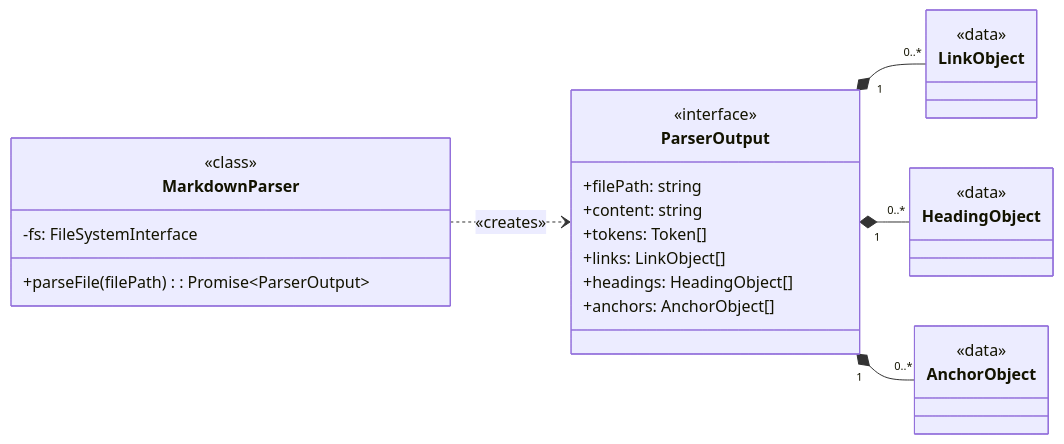
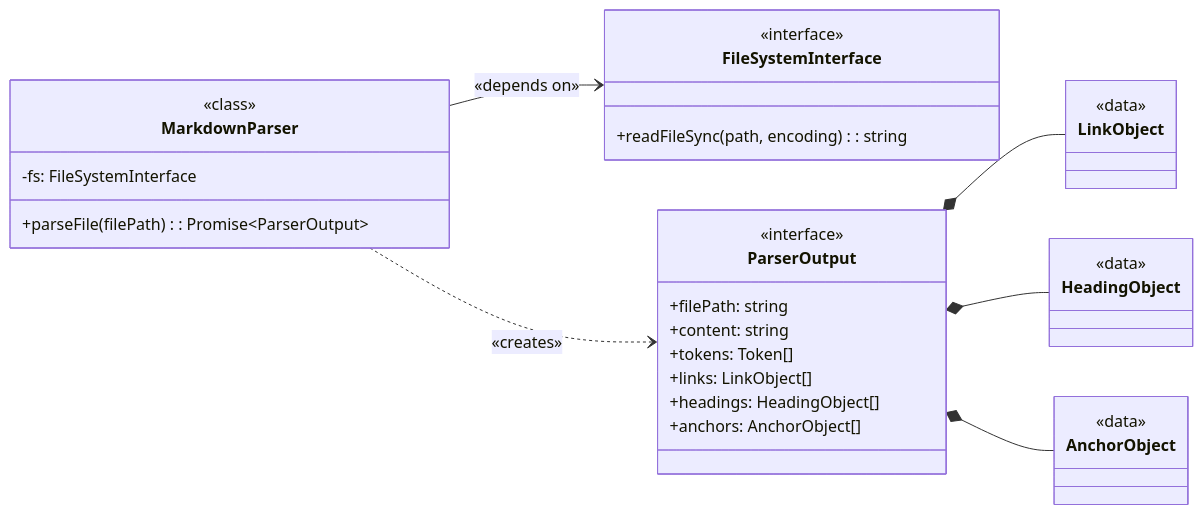
One commit to WesleyMFrederick/cc-workflows changed the first of 2 diagrams in tools/citation-manager/design-docs/component-guides/Markdown Parser Implementation Guide.md. Above: the diagram before and after it, drawn with Mermaid. The commit also changed other lines of this file and 9 other files, not shown here.

````diff
--- a/tools/citation-manager/design-docs/component-guides/Markdown Parser Implementation Guide.md
+++ b/tools/citation-manager/design-docs/component-guides/Markdown Parser Implementation Guide.md
@@ -38,37 +41,43 @@
 ```mermaid
 classDiagram
     direction LR
+
+    class FileSystemInterface {
+      <<interface>>
+        +readFileSync(path, encoding): string
+    }
 
     class ParserOutput {
       <<interface>>
         +filePath: string
         +content: string
         +tokens: Token[]
         +links: LinkObject[]
         +headings: HeadingObject[]
         +anchors: AnchorObject[]
     }
 
     class LinkObject {
         <<data>>
     }
 
     class AnchorObject {
         <<data>>
     }
 
     class HeadingObject {
         <<data>>
     }
 
     class MarkdownParser {
       <<class>>
         -fs: FileSystemInterface
         +parseFile(filePath): Promise~ParserOutput~
     }
 
+    MarkdownParser --> FileSystemInterface : «depends on»
     MarkdownParser ..> ParserOutput : «creates»
-    ParserOutput "1" *-- "0..*" LinkObject
-    ParserOutput "1" *-- "0..*" HeadingObject
-    ParserOutput "1" *-- "0..*" AnchorObject
+    ParserOutput *-- LinkObject
+    ParserOutput *-- HeadingObject
+    ParserOutput *-- AnchorObject
 ```
````
